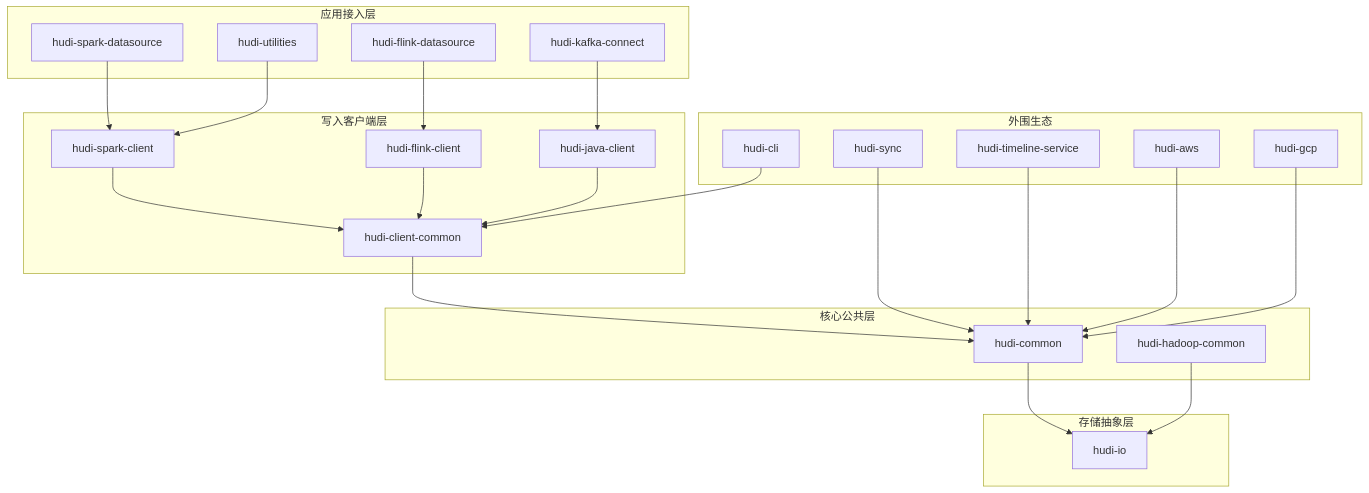
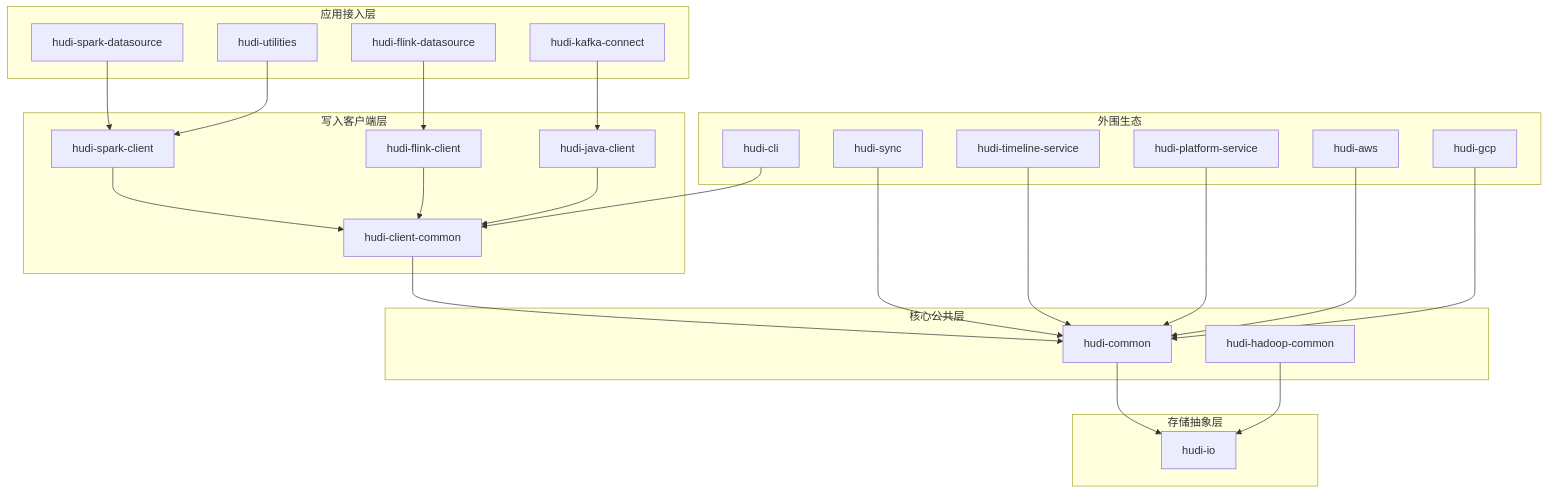
One commit to gnikgnaw/hudi changed the diagram in 源码分析文档/Apache_Hudi_工程架构全面解析.md. Above: the diagram before and after it, drawn with Mermaid. The commit also changed other lines of this file and 19 other files, not shown here.

````diff
--- a/源码分析文档/Apache_Hudi_工程架构全面解析.md
+++ b/源码分析文档/Apache_Hudi_工程架构全面解析.md
@@ -455,52 +466,54 @@
 ```mermaid
 graph TB
     subgraph "应用接入层"
         SPARK_DS[hudi-spark-datasource]
         FLINK_DS[hudi-flink-datasource]
         KAFKA_CONN[hudi-kafka-connect]
         UTILITIES[hudi-utilities]
     end
 
     subgraph "写入客户端层"
         CLIENT_COMMON[hudi-client-common]
         SPARK_CLIENT[hudi-spark-client]
         FLINK_CLIENT[hudi-flink-client]
         JAVA_CLIENT[hudi-java-client]
     end
 
     subgraph "核心公共层"
         COMMON[hudi-common]
         HADOOP_COMMON[hudi-hadoop-common]
     end
 
     subgraph "存储抽象层"
         IO[hudi-io]
     end
 
     subgraph "外围生态"
         SYNC[hudi-sync]
         CLI[hudi-cli]
         TIMELINE_SVC[hudi-timeline-service]
+        PLATFORM_SVC[hudi-platform-service]
         AWS[hudi-aws]
         GCP[hudi-gcp]
     end
 
     SPARK_DS --> SPARK_CLIENT
     FLINK_DS --> FLINK_CLIENT
     KAFKA_CONN --> JAVA_CLIENT
     UTILITIES --> SPARK_CLIENT
 
     SPARK_CLIENT --> CLIENT_COMMON
     FLINK_CLIENT --> CLIENT_COMMON
     JAVA_CLIENT --> CLIENT_COMMON
 
     CLIENT_COMMON --> COMMON
     COMMON --> IO
     HADOOP_COMMON --> IO
 
     SYNC --> COMMON
     CLI --> CLIENT_COMMON
     TIMELINE_SVC --> COMMON
+    PLATFORM_SVC --> COMMON
     AWS --> COMMON
     GCP --> COMMON
 ```
````
